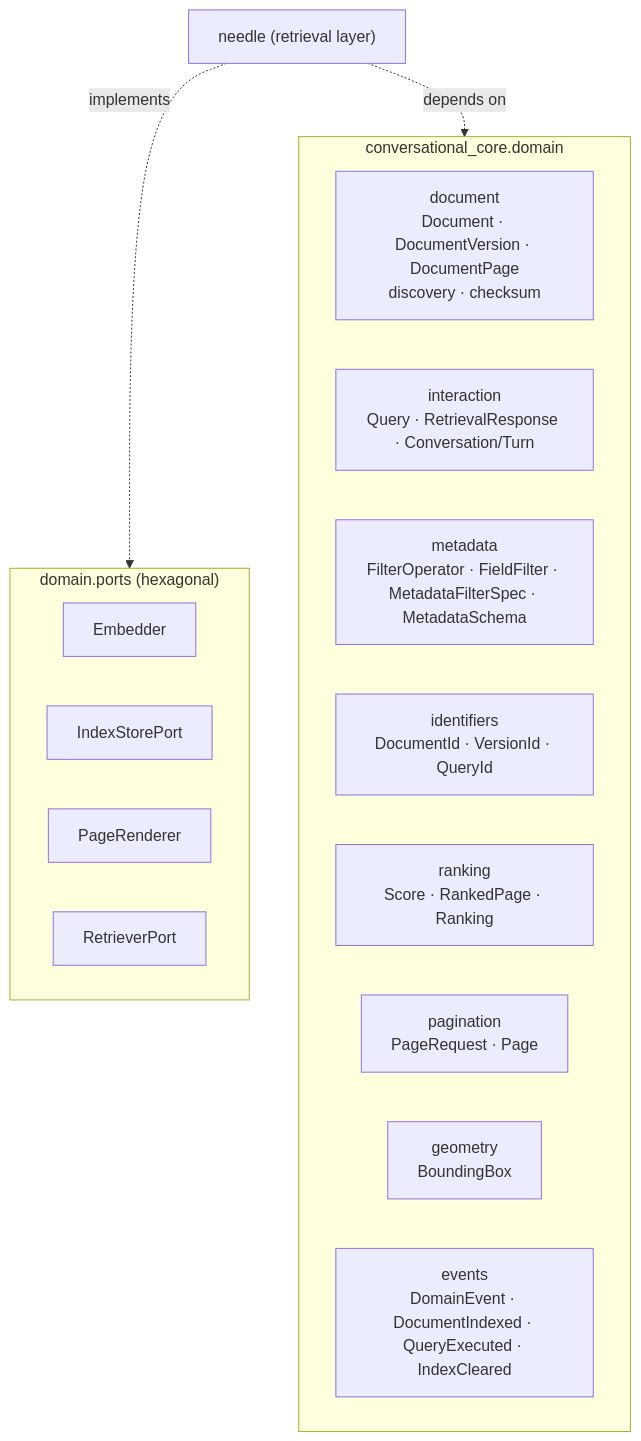
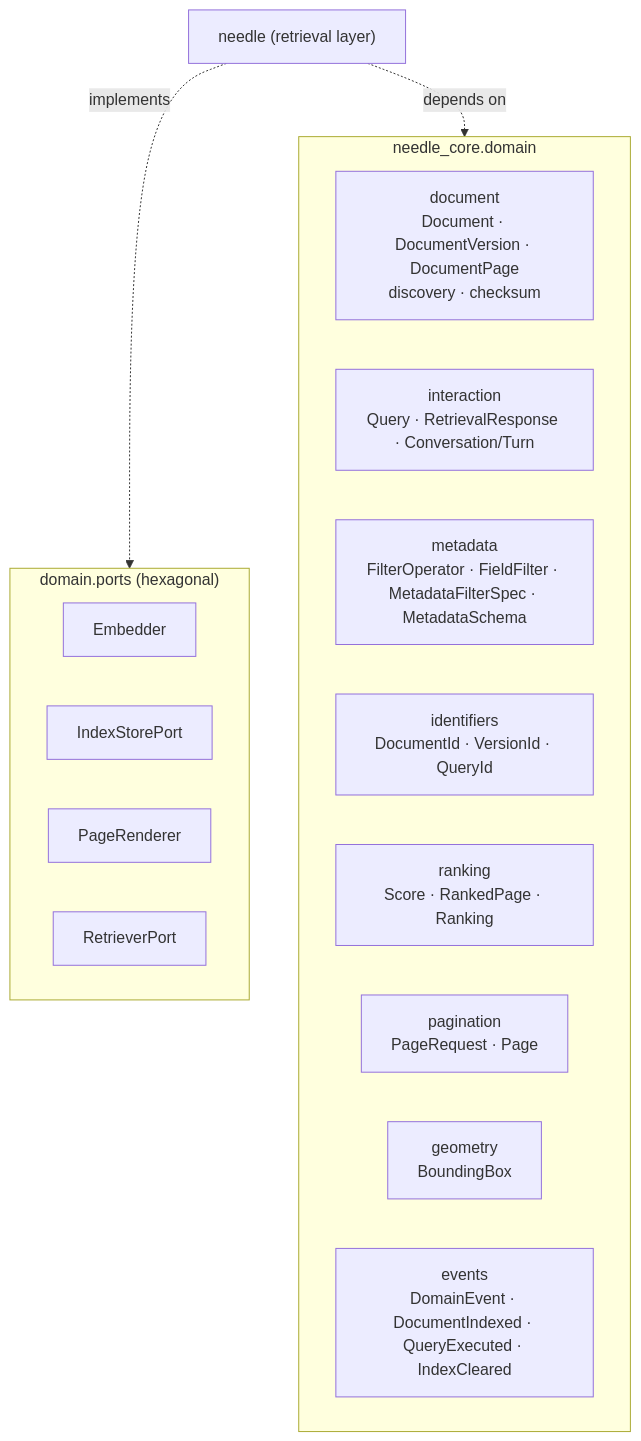
The diagram in docs/domain-model.md (msobroza/example_needle), drawn with Mermaid before and after one commit. The commit also changed other lines of this file and 88 other files, not shown here.

First line of the commit message:
Rename domain package to needle_core; use public model ids

````diff
--- a/docs/domain-model.md
+++ b/docs/domain-model.md
@@ -9,21 +9,21 @@
 ```mermaid
 flowchart TB
-    subgraph domain["conversational_core.domain"]
+    subgraph domain["needle_core.domain"]
         DOCS["document<br/>Document · DocumentVersion · DocumentPage<br/>discovery · checksum"]
         INTER["interaction<br/>Query · RetrievalResponse · Conversation/Turn"]
         META["metadata<br/>FilterOperator · FieldFilter · MetadataFilterSpec · MetadataSchema"]
         IDS["identifiers<br/>DocumentId · VersionId · QueryId"]
         RANK["ranking<br/>Score · RankedPage · Ranking"]
         PAGE["pagination<br/>PageRequest · Page"]
         GEO["geometry<br/>BoundingBox"]
         EVT["events<br/>DomainEvent · DocumentIndexed · QueryExecuted · IndexCleared"]
     end
     subgraph ports["domain.ports (hexagonal)"]
         EMB["Embedder"]
         IDX["IndexStorePort"]
         PR["PageRenderer"]
         RP["RetrieverPort"]
     end
     NEEDLE["needle (retrieval layer)"] -.implements.-> ports
     NEEDLE -.depends on.-> domain
 ```
````
